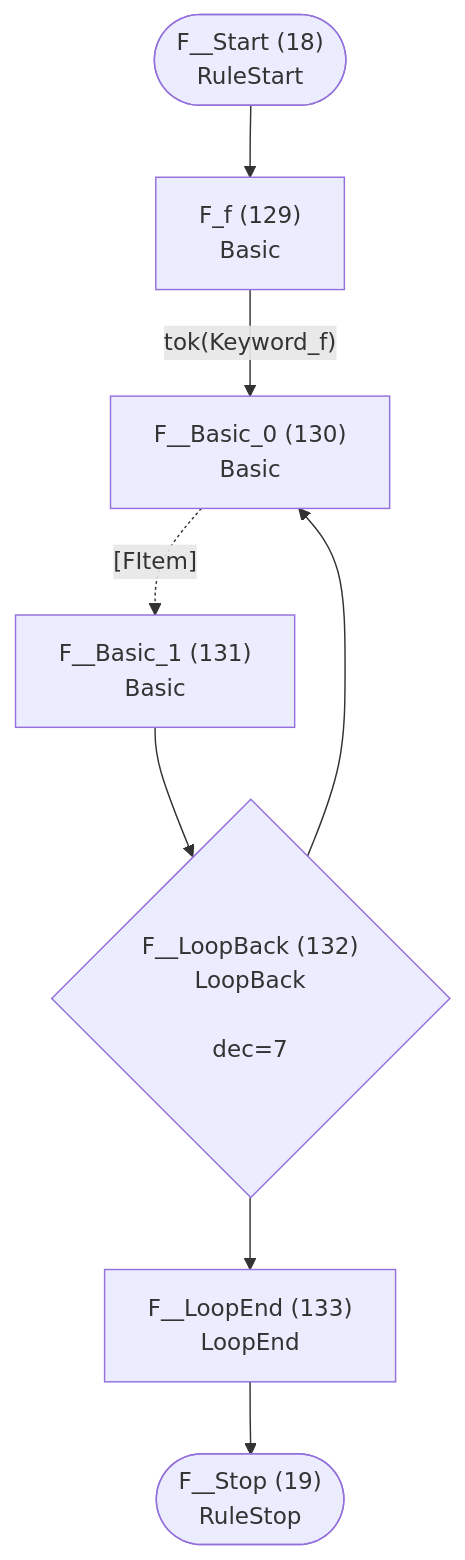
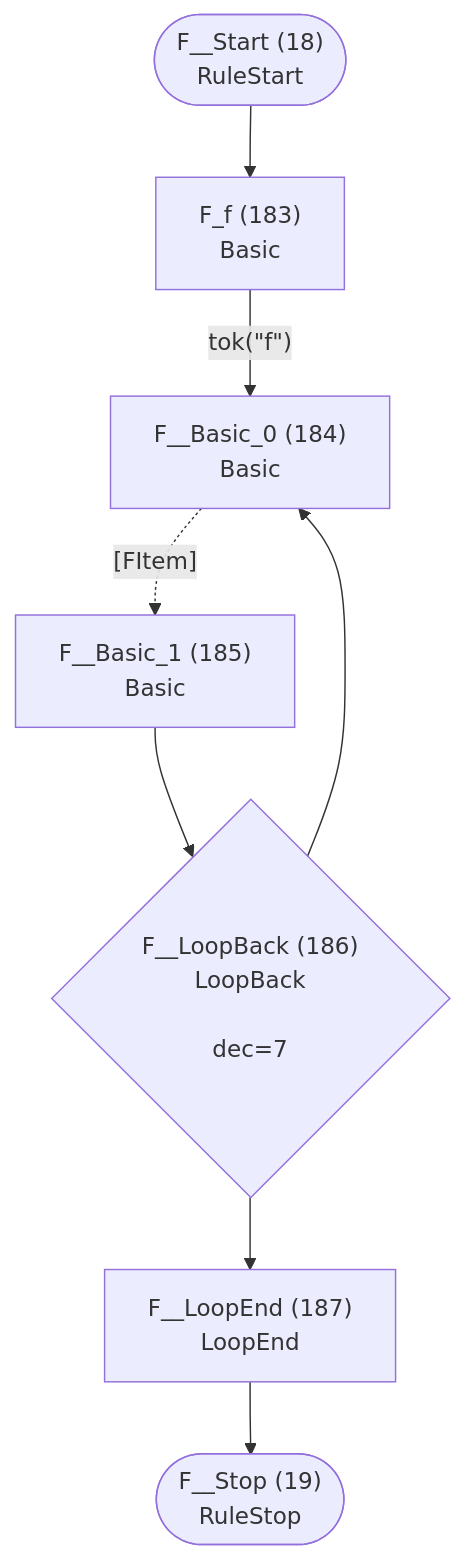
One commit to TypeFox/fastbelt changed the tenth of 41 diagrams in internal/languages/completion/atn.md. Above: the diagram before and after it, drawn with Mermaid. The commit also changed other lines of this file and 36 other files, not shown here.

````diff
--- a/internal/languages/completion/atn.md
+++ b/internal/languages/completion/atn.md
@@ -282,18 +327,18 @@
 ```mermaid
 flowchart TD
     q18(["F__Start (18)<br/>RuleStart"])
     q19(["F__Stop (19)<br/>RuleStop"])
-    q129["F_f (129)<br/>Basic<br/>"]
-    q130["F__Basic_0 (130)<br/>Basic<br/>"]
-    q131["F__Basic_1 (131)<br/>Basic<br/>"]
-    q132{"F__LoopBack (132)<br/>LoopBack<br/><br/>dec=7"}
-    q133["F__LoopEnd (133)<br/>LoopEnd<br/>"]
+    q183["F_f (183)<br/>Basic<br/>"]
+    q184["F__Basic_0 (184)<br/>Basic<br/>"]
+    q185["F__Basic_1 (185)<br/>Basic<br/>"]
+    q186{"F__LoopBack (186)<br/>LoopBack<br/><br/>dec=7"}
+    q187["F__LoopEnd (187)<br/>LoopEnd<br/>"]
 
-    q18 --> q129
-    q129 -->|"tok(Keyword_f)"| q130
-    q130 -.->|"[FItem]"| q131
-    q131 --> q132
-    q132 --> q130
-    q132 --> q133
-    q133 --> q19
+    q18 --> q183
+    q183 -->|"tok(&quot;f&quot;)"| q184
+    q184 -.->|"[FItem]"| q185
+    q185 --> q186
+    q186 --> q184
+    q186 --> q187
+    q187 --> q19
 ```
````
